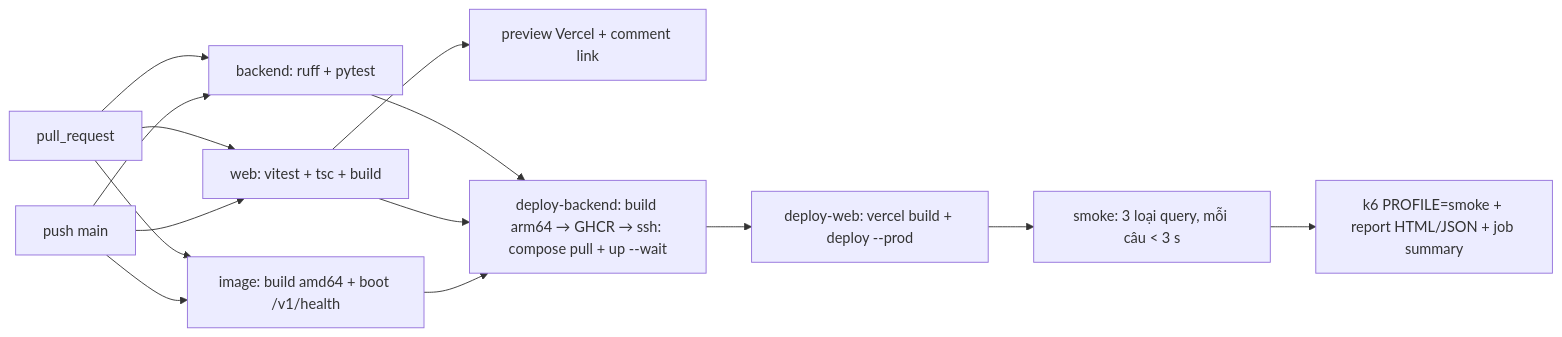
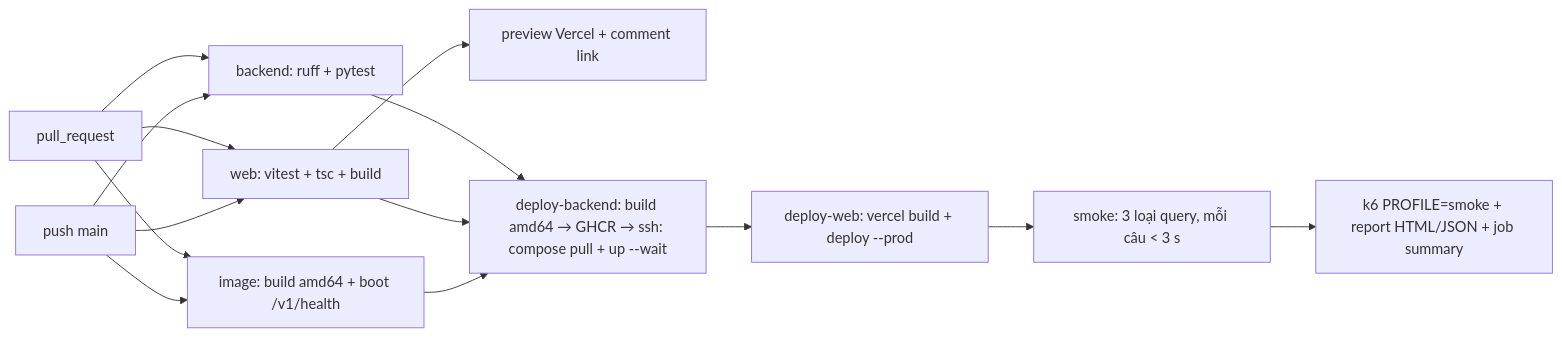
The second of 2 diagrams in docs/deploy.md (vuongej/heritage-image-retrieval), drawn with Mermaid before and after one commit. The commit also changed other lines of this file and 9 other files, not shown here.

First line of the commit message:
Chuyển deploy backend sang VM Azure (x86, deploy/vm), hướng dẫn Azure for Students

````diff
--- a/docs/deploy.md
+++ b/docs/deploy.md
@@ -55,12 +55,12 @@
 ```mermaid
 flowchart LR
     PR[pull_request] --> B[backend: ruff + pytest]
     PR --> W[web: vitest + tsc + build]
     PR --> I[image: build amd64 + boot /v1/health]
     W --> PV[preview Vercel + comment link]
     M[push main] --> B & W & I
-    B & W & I --> DB[deploy-backend: build arm64 → GHCR → ssh: compose pull + up --wait]
+    B & W & I --> DB[deploy-backend: build amd64 → GHCR → ssh: compose pull + up --wait]
     DB --> DW[deploy-web: vercel build + deploy --prod]
     DW --> SM[smoke: 3 loại query, mỗi câu < 3 s]
     SM --> K6[k6 PROFILE=smoke + report HTML/JSON + job summary]
 ```
````
